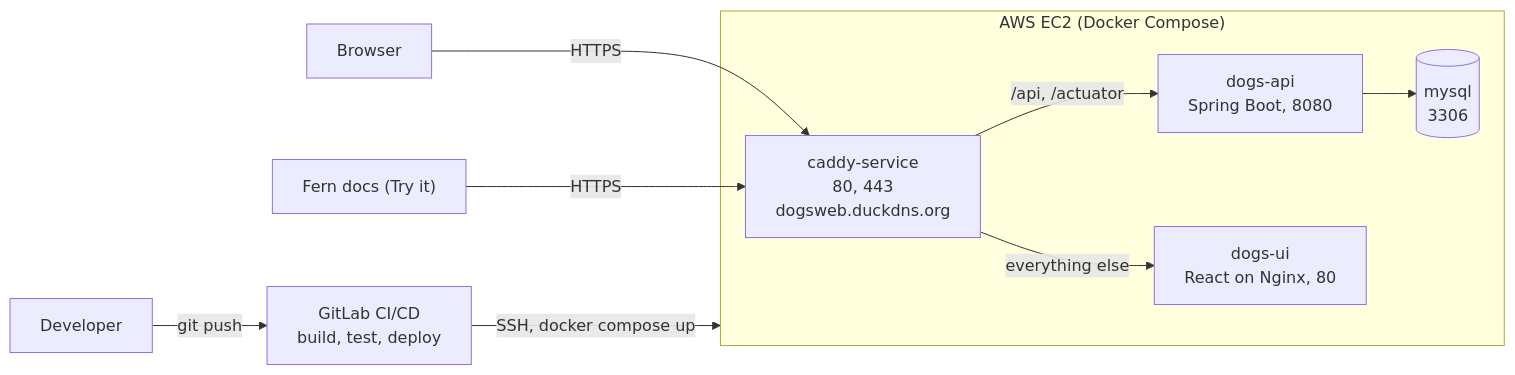
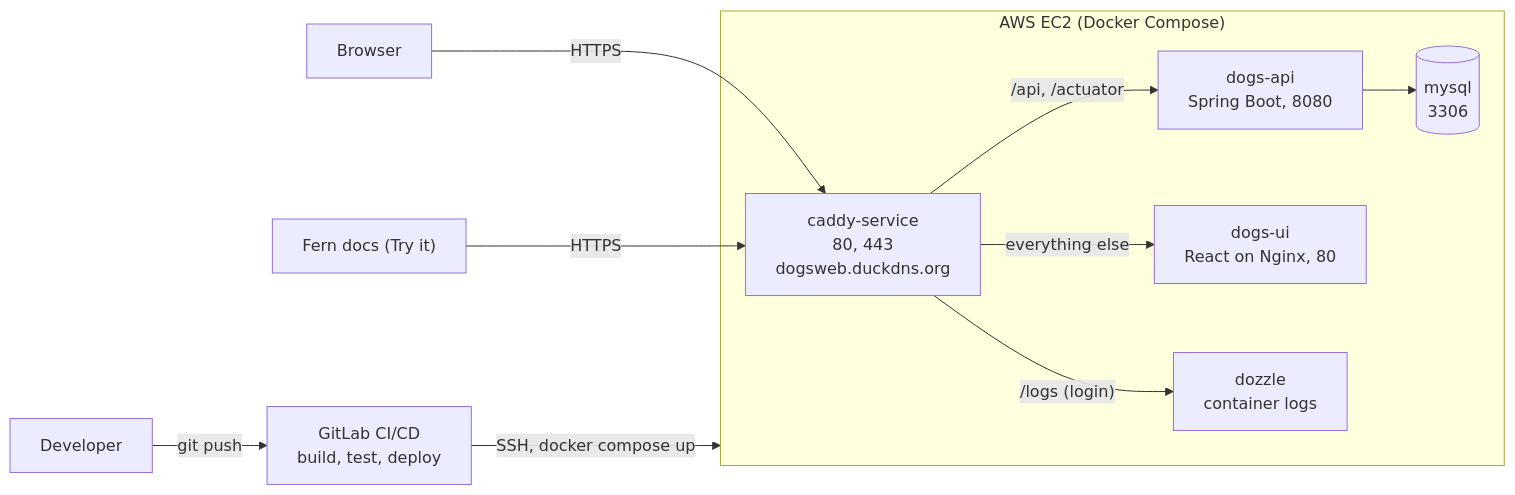
One commit to Kalyan-Mandhula-Dev/Dogs-Web-API changed the diagram in README.md. Above: the diagram before and after it, drawn with Mermaid. The commit also changed other lines of this file and 1 other file, not shown here.

Commit message:
docs: update project readme with dozzle and defaults for local env

````diff
--- a/README.md
+++ b/README.md
@@ -37,17 +38,19 @@
 ```mermaid
 flowchart LR
     user["Browser"] -->|"HTTPS"| caddy
     fern["Fern docs (Try it)"] -->|"HTTPS"| caddy
     dev["Developer"] -->|"git push"| ci["GitLab CI/CD<br/>build, test, deploy"]
     ci -->|"SSH, docker compose up"| ec2
 
     subgraph ec2["AWS EC2 (Docker Compose)"]
         caddy["caddy-service<br/>80, 443<br/>dogsweb.duckdns.org"]
         api["dogs-api<br/>Spring Boot, 8080"]
         ui["dogs-ui<br/>React on Nginx, 80"]
         db[("mysql<br/>3306")]
+        logs["dozzle<br/>container logs"]
         caddy -->|"/api, /actuator"| api
         caddy -->|"everything else"| ui
+        caddy -->|"/logs (login)"| logs
         api --> db
     end
 ```
````
